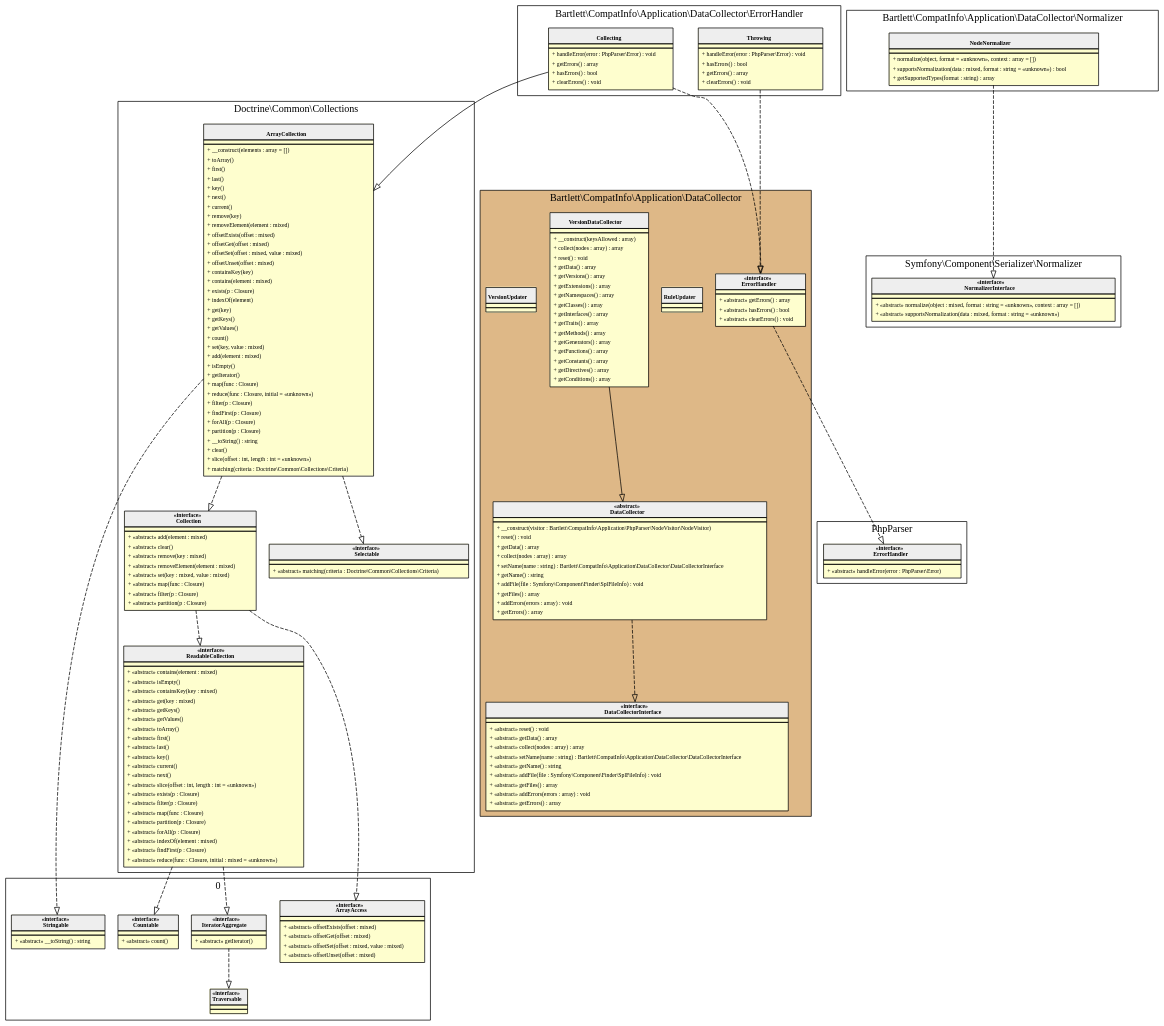
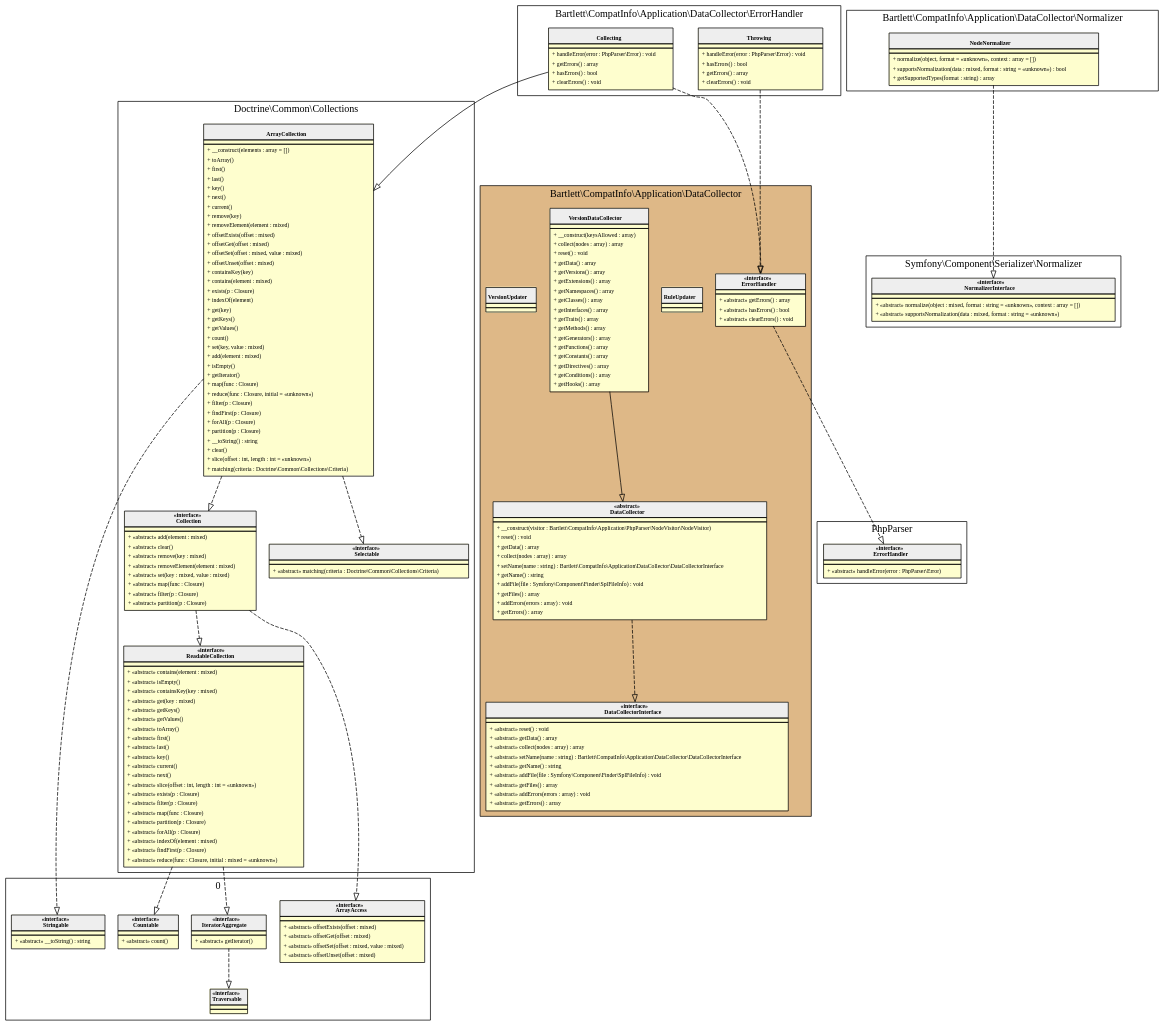
Before and after one commit to llaville/php-compatinfo: the diagram in 7.2/assets/images/application-datacollector.html.gv, drawn with Graphviz. The commit also changed 52 other files, not shown here.

```diff
--- a/7.2/assets/images/application-datacollector.html.gv
+++ b/7.2/assets/images/application-datacollector.html.gv
@@ -240,6 +240,7 @@
     <tr><td align="left">+ getConstants() : array</td></tr>
     <tr><td align="left">+ getDirectives() : array</td></tr>
     <tr><td align="left">+ getConditions() : array</td></tr>
+    <tr><td align="left">+ getHooks() : array</td></tr>
 </table></td></tr>
 </table>>]
     "Bartlett\\CompatInfo\\Application\\DataCollector\\VersionUpdater" [shape="none" label=<
```
